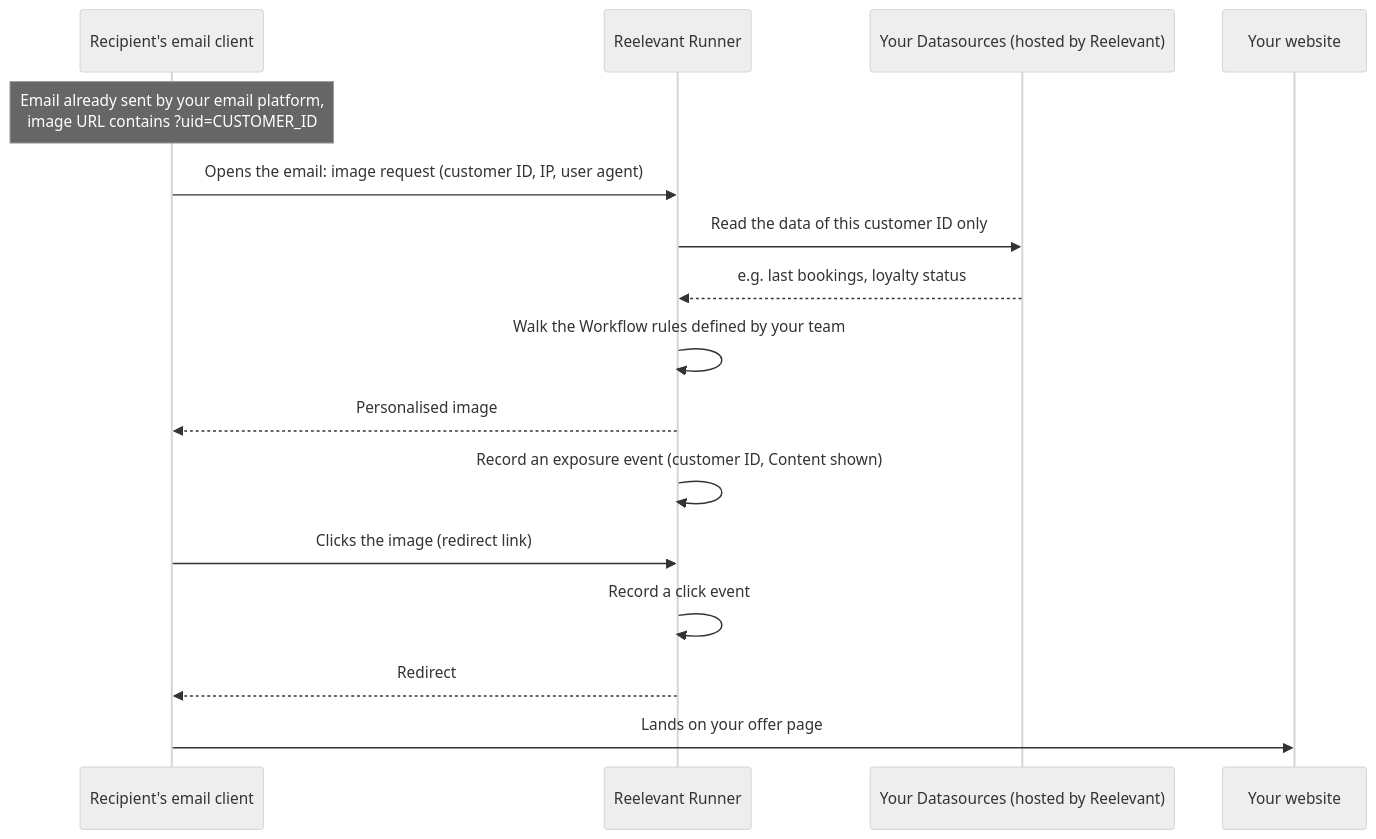
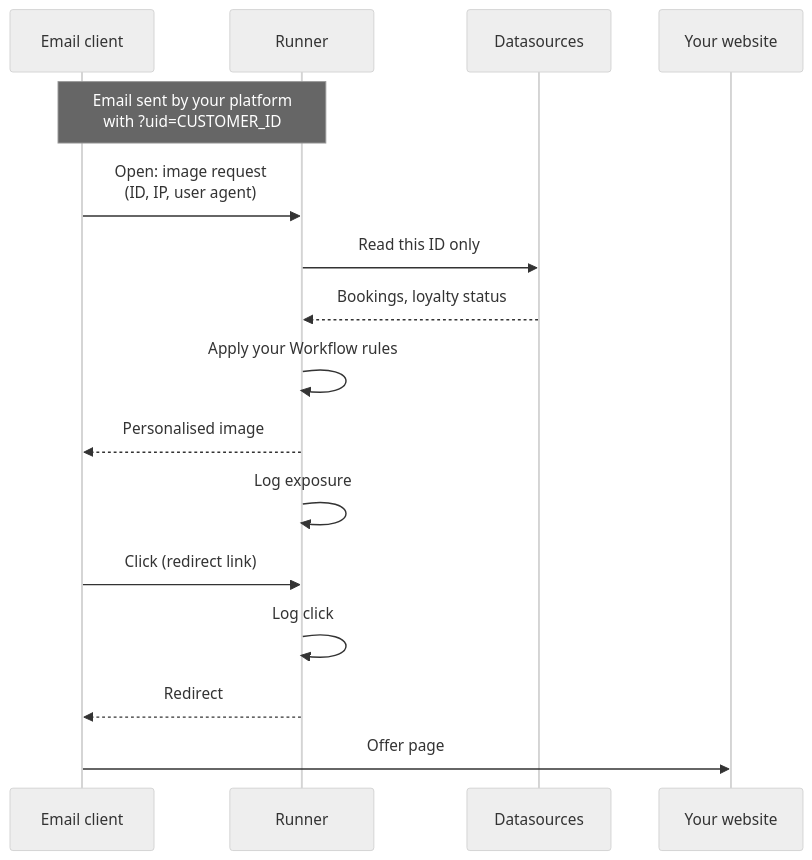
One commit to reelevant-tech/product-documentation changed the second of 4 diagrams in why-reelevant/data-protection/overview.mdx. Above: the diagram before and after it, drawn with Mermaid (neutral theme). The commit also changed other lines of this file and 3 other files, not shown here.

Commit message:
docs(why-reelevant): make DPO diagrams vertical and shorten labels for readability

````diff
--- a/why-reelevant/data-protection/overview.mdx
+++ b/why-reelevant/data-protection/overview.mdx
@@ -61,19 +62,19 @@
 ```mermaid
 sequenceDiagram
-    participant R as Recipient's email client
-    participant RUN as Reelevant Runner
-    participant DS as Your Datasources (hosted by Reelevant)
+    participant R as Email client
+    participant RUN as Runner
+    participant DS as Datasources
     participant SITE as Your website
 
-    Note over R: Email already sent by your email platform,<br/>image URL contains ?uid=CUSTOMER_ID
-    R->>RUN: Opens the email: image request (customer ID, IP, user agent)
-    RUN->>DS: Read the data of this customer ID only
-    DS-->>RUN: e.g. last bookings, loyalty status
-    RUN->>RUN: Walk the Workflow rules defined by your team
+    Note over R,RUN: Email sent by your platform<br/>with ?uid=CUSTOMER_ID
+    R->>RUN: Open: image request<br/>(ID, IP, user agent)
+    RUN->>DS: Read this ID only
+    DS-->>RUN: Bookings, loyalty status
+    RUN->>RUN: Apply your Workflow rules
     RUN-->>R: Personalised image
-    RUN->>RUN: Record an exposure event (customer ID, Content shown)
-    R->>RUN: Clicks the image (redirect link)
-    RUN->>RUN: Record a click event
+    RUN->>RUN: Log exposure
+    R->>RUN: Click (redirect link)
+    RUN->>RUN: Log click
     RUN-->>R: Redirect
-    R->>SITE: Lands on your offer page
+    R->>SITE: Offer page
 ```
````
